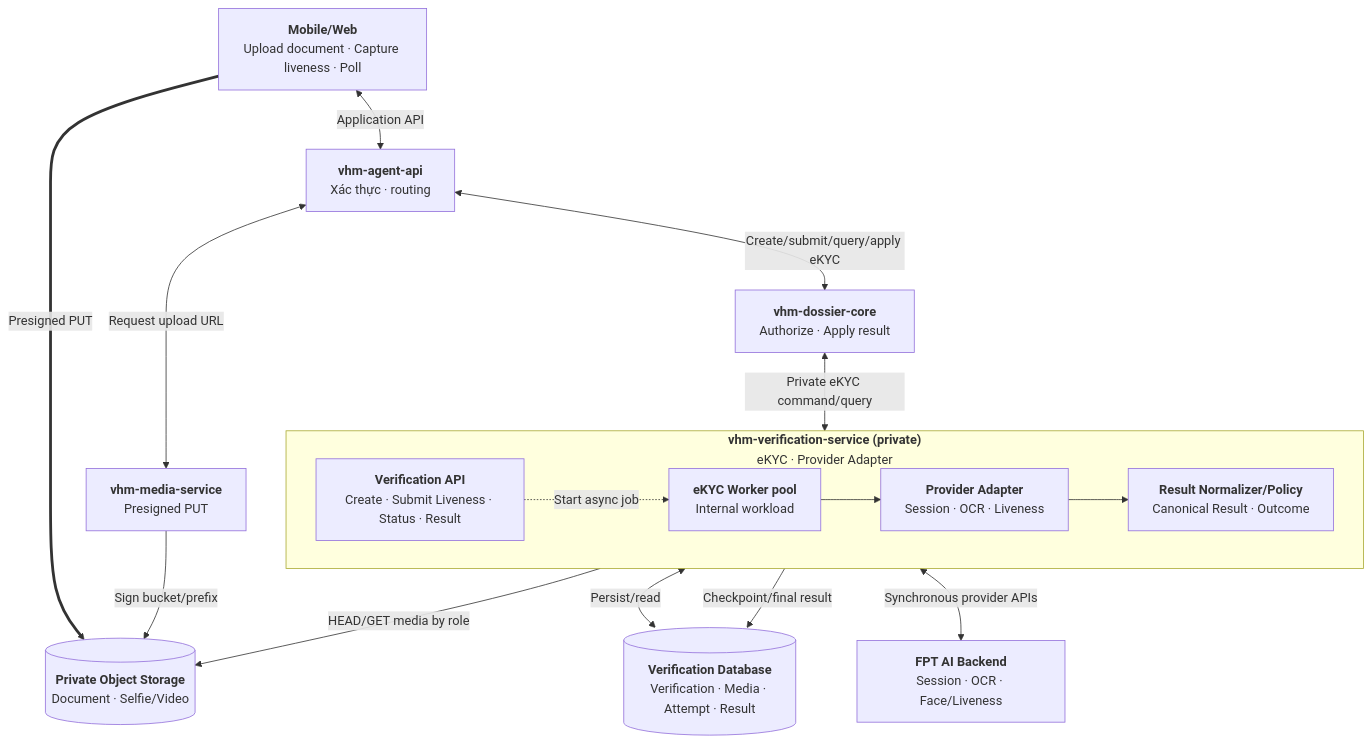
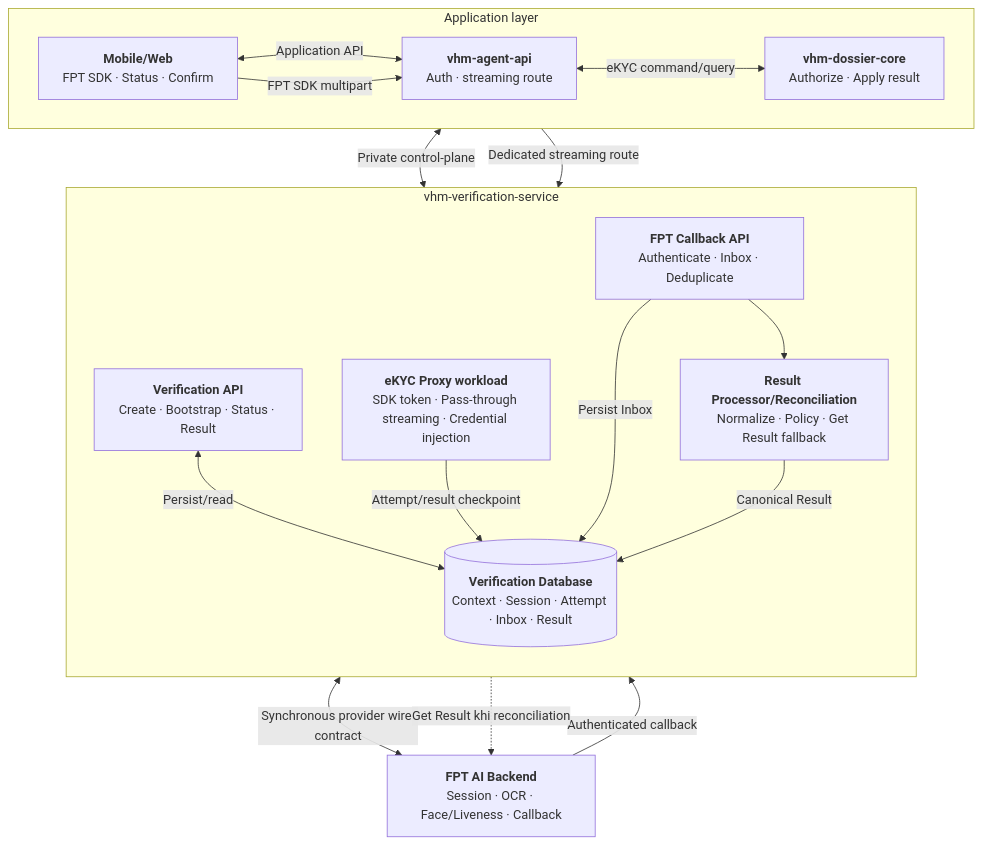
The fifth of 8 diagrams in noxh-ekyc.md (huynv-xyz/vhm), drawn with Mermaid before and after one commit. The commit also changed other lines of this file, not shown here.

````diff
--- a/noxh-ekyc.md
+++ b/noxh-ekyc.md
@@ -289,45 +338,45 @@
 ```mermaid
 flowchart TB
-    CLIENT["`**Mobile/Web**
-Upload document · Capture liveness · Poll`"]
-    BFF["`**vhm-agent-api**
-Xác thực · routing`"]
-    DOMAIN["`**vhm-dossier-core**
+    subgraph APP["Application layer"]
+        direction LR
+        CLIENT["`**Mobile/Web**
+FPT SDK · Status · Confirm`"]
+        BFF["`**vhm-agent-api**
+Auth · streaming route`"]
+        DOMAIN["`**vhm-dossier-core**
 Authorize · Apply result`"]
-    MEDIA_API["`**vhm-media-service**
-Presigned PUT`"]
-    STORAGE[("`**Private Object Storage**
-Document · Selfie/Video`")]
 
-    subgraph VERIFY["`**vhm-verification-service (private)**
-eKYC · Provider Adapter`"]
-        direction LR
+        CLIENT <-->|"Application API"| BFF
+        BFF <-->|"eKYC command/query"| DOMAIN
+    end
+
+    subgraph VERIFY["vhm-verification-service"]
+        direction TB
         API["`**Verification API**
-Create · Submit Liveness · Status · Result`"]
-        WORKER["`**eKYC Worker pool**
-Internal workload`"]
-        ADAPTER["`**Provider Adapter**
-Session · OCR · Liveness`"]
-        POLICY["`**Result Normalizer/Policy**
-Canonical Result · Outcome`"]
+Create · Bootstrap · Status · Result`"]
+        PROXY["`**eKYC Proxy workload**
+SDK token · Pass-through streaming · Credential injection`"]
+        CALLBACK["`**FPT Callback API**
+Authenticate · Inbox · Deduplicate`"]
+        PROCESSOR["`**Result Processor/Reconciliation**
+Normalize · Policy · Get Result fallback`"]
+        DB[("`**Verification Database**
+Context · Session · Attempt · Inbox · Result`")]
 
-        WORKER --> ADAPTER --> POLICY
+        API <-->|"Persist/read"| DB
+        PROXY -->|"Attempt/result checkpoint"| DB
+        CALLBACK -->|"Persist Inbox"| DB
+        CALLBACK --> PROCESSOR
+        PROCESSOR -->|"Canonical Result"| DB
     end
 
     FPT["`**FPT AI Backend**
-Session · OCR · Face/Liveness`"]
-    DB[("`**Verification Database**
-Verification · Media · Attempt · Result`")]
+Session · OCR · Face/Liveness · Callback`"]
 
-    CLIENT <-->|"Application API"| BFF
-    BFF <-->|"Request upload URL"| MEDIA_API
-    CLIENT ==>|"Presigned PUT"| STORAGE
-    MEDIA_API -->|"Sign bucket/prefix"| STORAGE
-    BFF <-->|"Create/submit/query/apply eKYC"| DOMAIN
-    DOMAIN <-->|"Private eKYC command/query"| API
-    API <-->|"Persist/read"| DB
-    API -.->|"Start async job"| WORKER
-    WORKER -->|"HEAD/GET media by role"| STORAGE
-    ADAPTER <-->|"Synchronous provider APIs"| FPT
-    POLICY -->|"Checkpoint/final result"| DB
+    DOMAIN <-->|"Private control-plane"| API
+    CLIENT -->|"FPT SDK multipart"| BFF
+    BFF -->|"Dedicated streaming route"| PROXY
+    PROXY <-->|"Synchronous provider wire contract"| FPT
+    FPT -->|"Authenticated callback"| CALLBACK
+    PROCESSOR -.->|"Get Result khi reconciliation"| FPT
 ```
````
